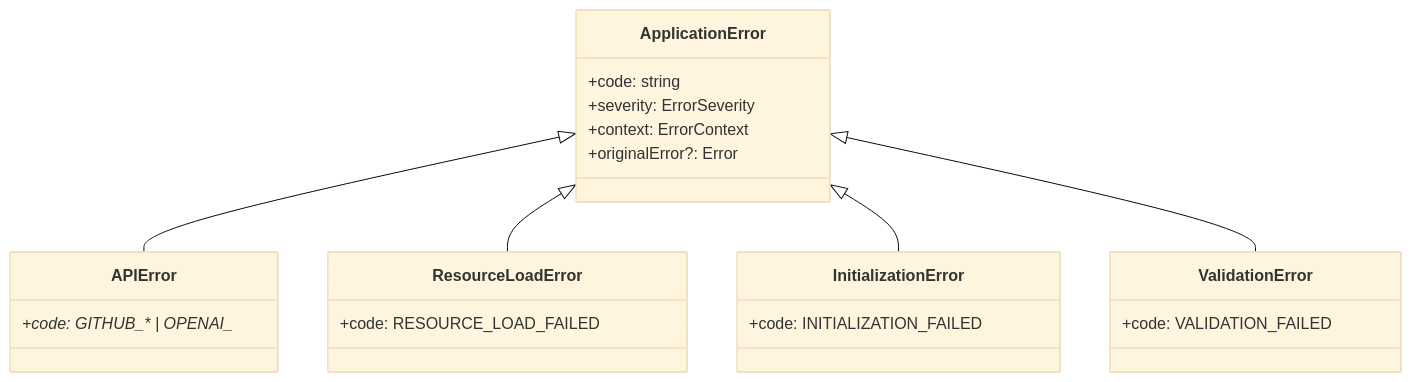
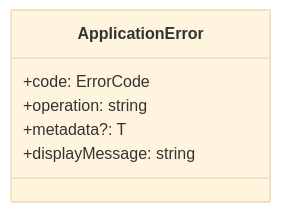
Before and after one commit to NivaldoFarias/translate-react: the sixth of 8 diagrams in docs/ARCHITECTURE.md, drawn with Mermaid (base theme). The commit also changed other lines of this file and 6 other files, not shown here.

First line of the commit message:
docs: align `README.md` and architecture docs with current codebase

````diff
--- a/docs/ARCHITECTURE.md
+++ b/docs/ARCHITECTURE.md
@@ -474,30 +415,9 @@
 ```mermaid
 classDiagram
     class ApplicationError {
-        +code: string
-        +severity: ErrorSeverity
-        +context: ErrorContext
-        +originalError?: Error
+        +code: ErrorCode
+        +operation: string
+        +metadata?: T
+        +displayMessage: string
     }
-
-    class APIError {
-        +code: GITHUB_* | OPENAI_*
-    }
-
-    class ResourceLoadError {
-        +code: RESOURCE_LOAD_FAILED
-    }
-
-    class InitializationError {
-        +code: INITIALIZATION_FAILED
-    }
-
-    class ValidationError {
-        +code: VALIDATION_FAILED
-    }
-
-    ApplicationError <|-- APIError
-    ApplicationError <|-- ResourceLoadError
-    ApplicationError <|-- InitializationError
-    ApplicationError <|-- ValidationError
 ```
````
